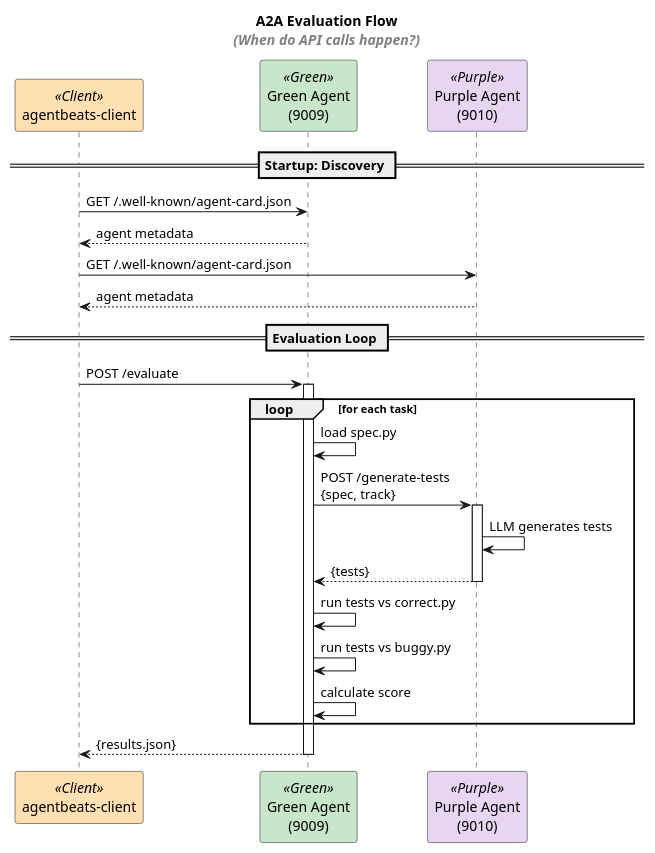
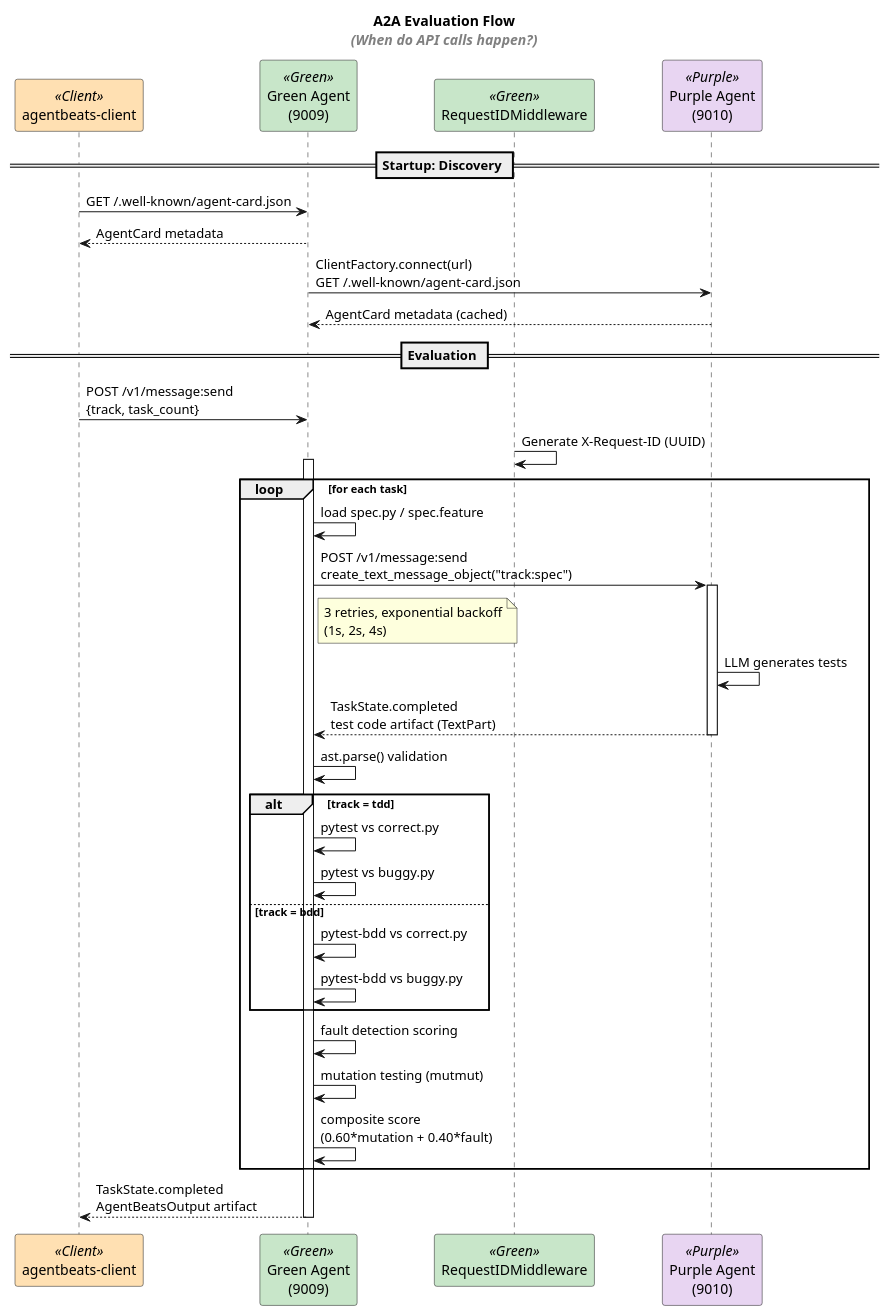
The diagram in docs/arch_vis/SequenceDiagram.puml (qte77/RDI-AgentBeats-TestBehaveAlign), drawn with PlantUML before and after one commit. The commit also changed 4 other files, not shown here.

First line of the commit message:
docs: align architecture and diagrams with Sprint 2 implementation

```diff
--- a/docs/arch_vis/SequenceDiagram.puml
+++ b/docs/arch_vis/SequenceDiagram.puml
@@ -1,43 +1,57 @@
 @startuml SequenceDiagram
 title A2A Evaluation Flow\n//<color:gray>(When do API calls happen?)</color>//
 
 skinparam participant {
     BackgroundColor<<Purple>> #E8D5F2
     BackgroundColor<<Green>> #C8E6C9
     BackgroundColor<<Client>> #FFE0B2
 }
 
 participant "agentbeats-client" as Client <<Client>>
 participant "Green Agent\n(9009)" as Green <<Green>>
+participant "RequestIDMiddleware" as MW <<Green>>
 participant "Purple Agent\n(9010)" as Purple <<Purple>>
 
 == Startup: Discovery ==
 
 Client -> Green : GET /.well-known/agent-card.json
-Green --> Client : agent metadata
+Green --> Client : AgentCard metadata
 
-Client -> Purple : GET /.well-known/agent-card.json
-Purple --> Client : agent metadata
+Green -> Purple : ClientFactory.connect(url)\nGET /.well-known/agent-card.json
+Purple --> Green : AgentCard metadata (cached)
 
-== Evaluation Loop ==
+== Evaluation ==
 
-Client -> Green : POST /evaluate
+Client -> Green : POST /v1/message:send\n{track, task_count}
+MW -> MW : Generate X-Request-ID (UUID)
 activate Green
 
 loop for each task
-    Green -> Green : load spec.py
-    Green -> Purple : POST /generate-tests\n{spec, track}
+    Green -> Green : load spec.py / spec.feature
+
+    Green -> Purple : POST /v1/message:send\ncreate_text_message_object("track:spec")
     activate Purple
+    note right of Green : 3 retries, exponential backoff\n(1s, 2s, 4s)
     Purple -> Purple : LLM generates tests
-    Purple --> Green : {tests}
+    Purple --> Green : TaskState.completed\ntest code artifact (TextPart)
     deactivate Purple
 
-    Green -> Green : run tests vs correct.py
-    Green -> Green : run tests vs buggy.py
-    Green -> Green : calculate score
+    Green -> Green : ast.parse() validation
+
+    alt track = tdd
+        Green -> Green : pytest vs correct.py
+        Green -> Green : pytest vs buggy.py
+    else track = bdd
+        Green -> Green : pytest-bdd vs correct.py
+        Green -> Green : pytest-bdd vs buggy.py
+    end
+
+    Green -> Green : fault detection scoring
+    Green -> Green : mutation testing (mutmut)
+    Green -> Green : composite score\n(0.60*mutation + 0.40*fault)
 end
 
-Green --> Client : {results.json}
+Green --> Client : TaskState.completed\nAgentBeatsOutput artifact
 deactivate Green
 
 @enduml
```
